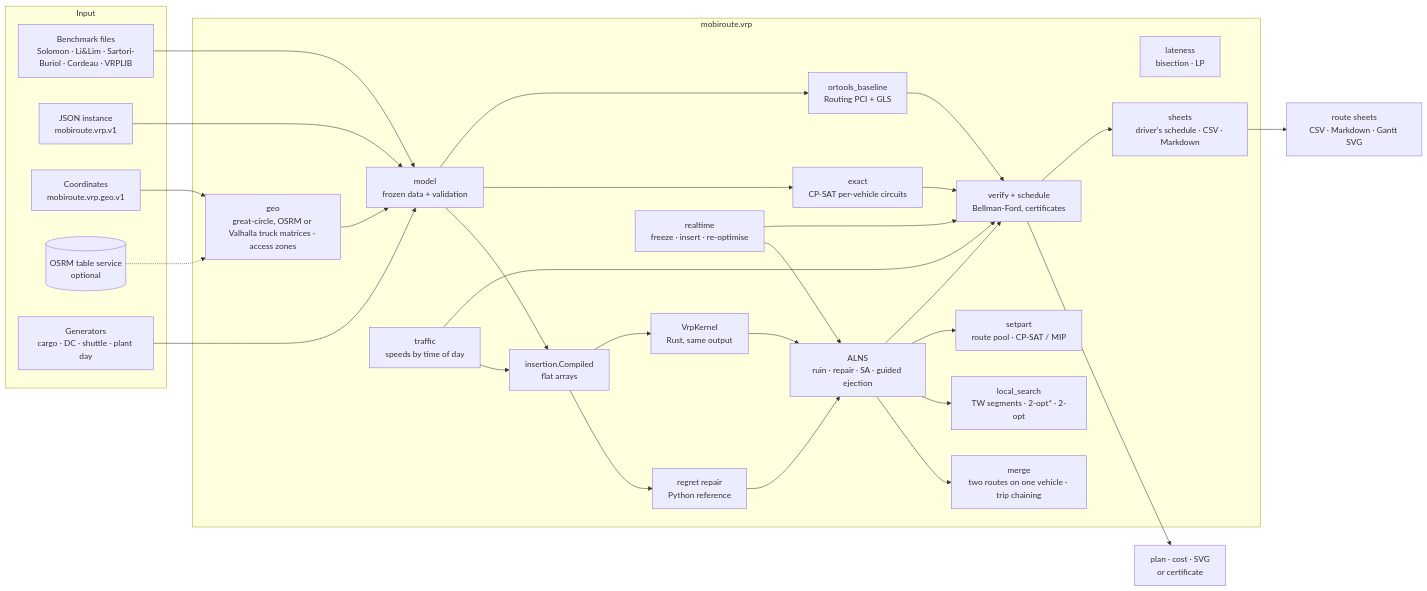
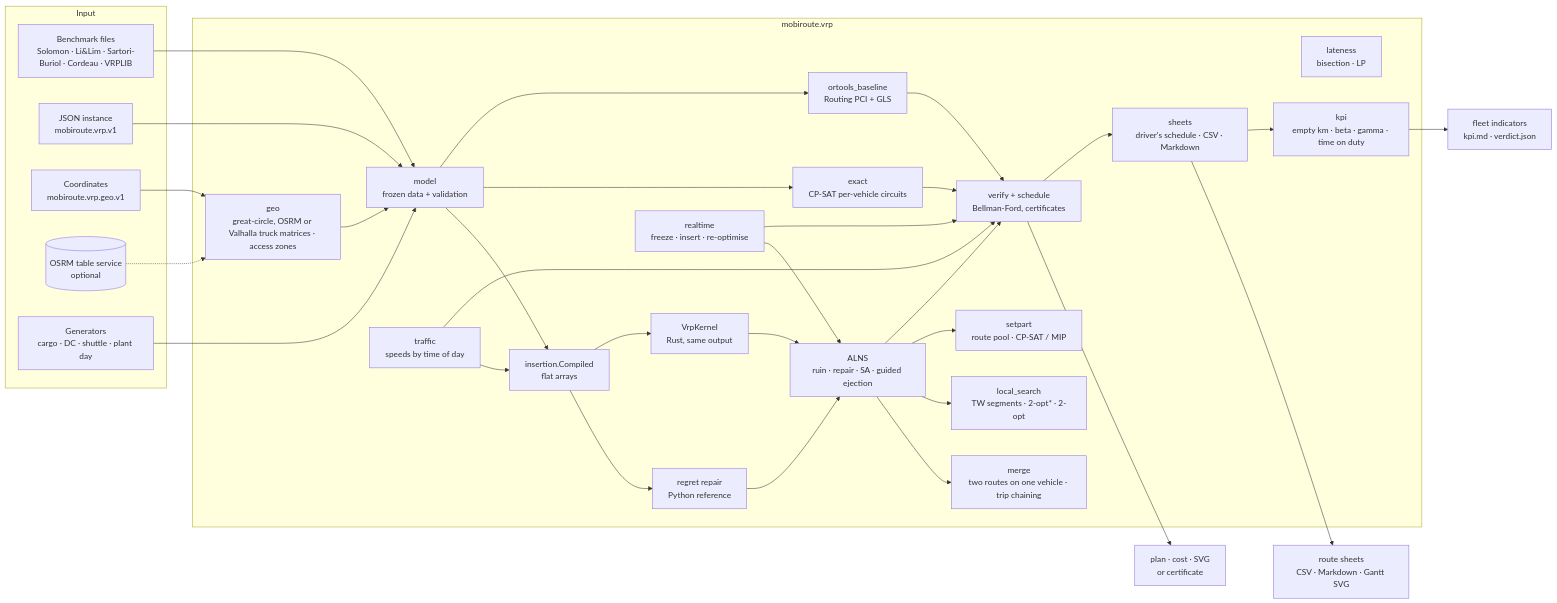
The diagram in docs/architecture.md (KonkovDV/SynAPS-MobiRoute), drawn with Mermaid before and after one commit. The commit also changed other lines of this file and 51 other files, not shown here.

First line of the commit message:
release: 0.6.0, robustness fixes, fleet indicators, rush hours and split breaks in the Rust kernel (#71)

````diff
--- a/docs/architecture.md
+++ b/docs/architecture.md
@@ -3,52 +3,54 @@
 ```mermaid
 flowchart LR
   subgraph input[Input]
     B[Benchmark files<br/>Solomon · Li&Lim · Sartori-Buriol · Cordeau · VRPLIB]
     J[JSON instance<br/>mobiroute.vrp.v1]
     GEO[Coordinates<br/>mobiroute.vrp.geo.v1]
     OSRM[(OSRM table service<br/>optional)]
     G[Generators<br/>cargo · DC · shuttle · plant day]
   end
   subgraph vrp[mobiroute.vrp]
     M[model<br/>frozen data + validation]
     C[insertion.Compiled<br/>flat arrays]
     R[regret repair<br/>Python reference]
     K[VrpKernel<br/>Rust, same output]
     A[ALNS<br/>ruin · repair · SA · guided ejection]
     MG[merge<br/>two routes on one vehicle · trip chaining]
     LS[local_search<br/>TW segments · 2-opt* · 2-opt]
     SP[setpart<br/>route pool · CP-SAT / MIP]
     TR[traffic<br/>speeds by time of day]
     X[exact<br/>CP-SAT per-vehicle circuits]
     O[ortools_baseline<br/>Routing PCI + GLS]
     L[lateness<br/>bisection · LP]
     T[realtime<br/>freeze · insert · re-optimise]
     V[verify + schedule<br/>Bellman-Ford, certificates]
     GM[geo<br/>great-circle, OSRM or Valhalla truck matrices · access zones]
     SH[sheets<br/>driver's schedule · CSV · Markdown]
+    KP[kpi<br/>empty km · beta · gamma · time on duty]
   end
   B --> M
   J --> M
   G --> M
   GEO --> GM
   OSRM -.-> GM
   GM --> M
   M --> C --> R
   C --> K
   R --> A
   K --> A
   A --> MG
   A --> LS
   A --> SP
   TR --> C
   TR --> V
   M --> X
   M --> O
   A --> V
   X --> V
   O --> V
   T --> A
   T --> V
   V --> OUT[plan · cost · SVG<br/>or certificate]
   V --> SH --> SHEETS[route sheets<br/>CSV · Markdown · Gantt SVG]
+  SH --> KP --> KPI[fleet indicators<br/>kpi.md · verdict.json]
 ```
````
